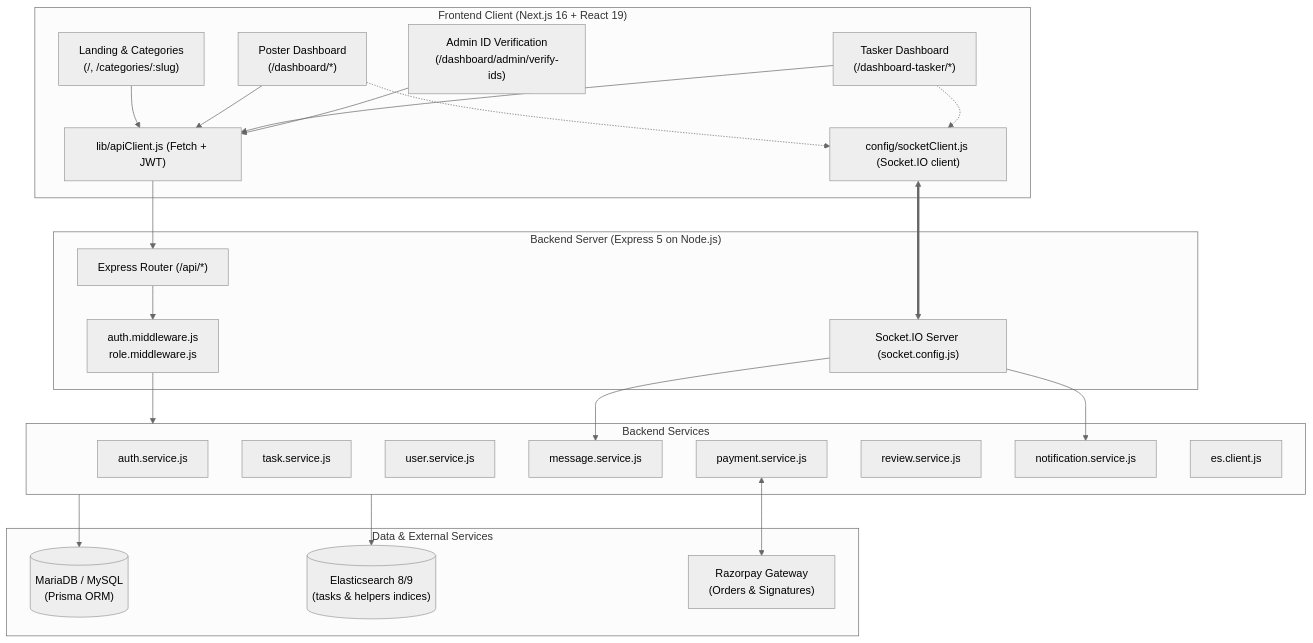
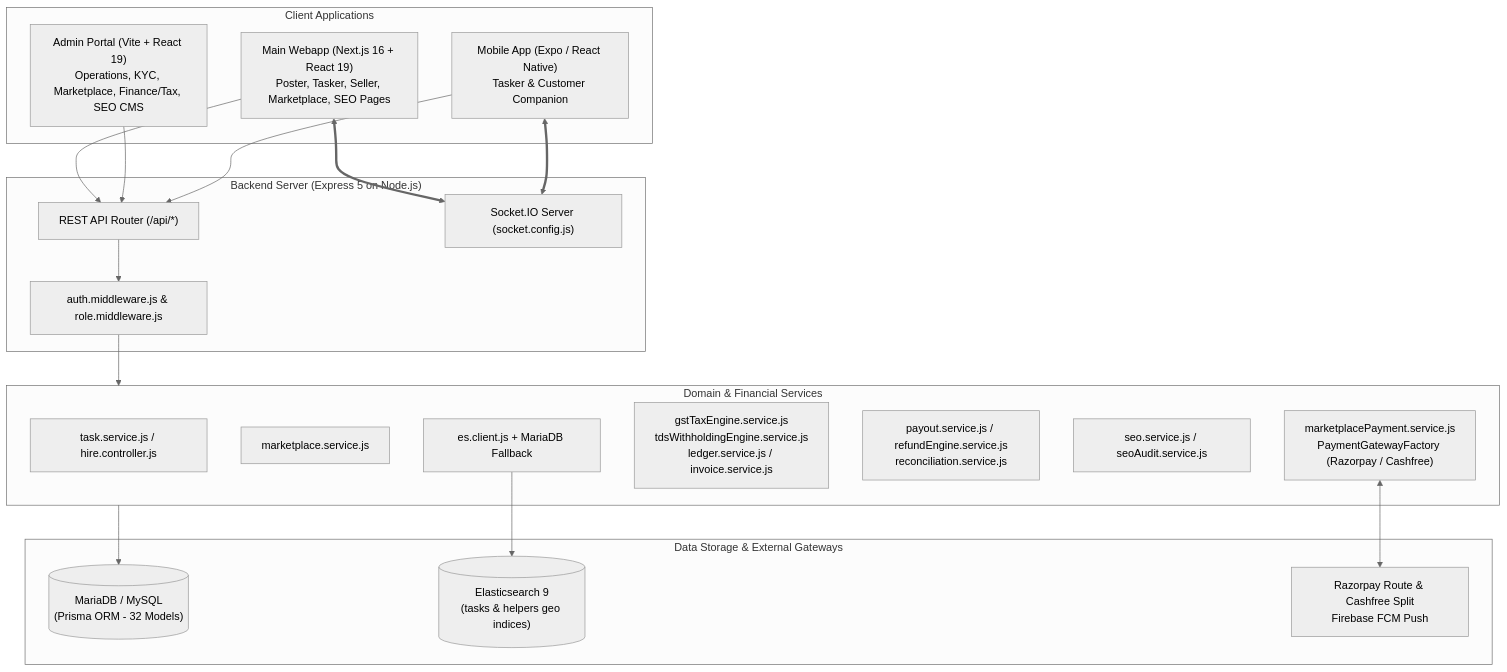
One commit to priyanandrai/hirebuddy changed the diagram in memory-bank/systemPatterns.md. Above: the diagram before and after it, drawn with Mermaid (neutral theme). The commit also changed other lines of this file and 46 other files, not shown here.

````diff
--- a/memory-bank/systemPatterns.md
+++ b/memory-bank/systemPatterns.md
@@ -5,53 +5,42 @@
 ```mermaid
 graph TD
-    subgraph ClientLayer["Frontend Client (Next.js 16 + React 19)"]
-        Landing["Landing & Categories\n(/, /categories/:slug)"]
-        PosterDash["Poster Dashboard\n(/dashboard/*)"]
-        TaskerDash["Tasker Dashboard\n(/dashboard-tasker/*)"]
-        AdminUI["Admin ID Verification\n(/dashboard/admin/verify-ids)"]
-        ApiClient["lib/apiClient.js (Fetch + JWT)"]
-        SocketClient["config/socketClient.js (Socket.IO client)"]
+    subgraph ClientApps["Client Applications"]
+        WebApp["Main Webapp (Next.js 16 + React 19)\nPoster, Tasker, Seller, Marketplace, SEO Pages"]
+        AdminApp["Admin Portal (Vite + React 19)\nOperations, KYC, Marketplace, Finance/Tax, SEO CMS"]
+        MobileApp["Mobile App (Expo / React Native)\nTasker & Customer Companion"]
     end
 
     subgraph APILayer["Backend Server (Express 5 on Node.js)"]
-        HTTPRouter["Express Router (/api/*)"]
+        HTTPRouter["REST API Router (/api/*)"]
         SocketServer["Socket.IO Server (socket.config.js)"]
-        AuthMid["auth.middleware.js\nrole.middleware.js"]
+        AuthMid["auth.middleware.js & role.middleware.js"]
     end
 
-    subgraph ServicesLayer["Backend Services"]
-        AuthSvc["auth.service.js"]
-        TaskSvc["task.service.js"]
-        UserSvc["user.service.js"]
-        MsgSvc["message.service.js"]
-        PaySvc["payment.service.js"]
-        RevSvc["review.service.js"]
-        NotifSvc["notification.service.js"]
-        ESSvc["es.client.js"]
+    subgraph CoreServices["Domain & Financial Services"]
+        TaskHiring["task.service.js / hire.controller.js"]
+        MarketSvc["marketplace.service.js"]
+        PayEngine["marketplacePayment.service.js\nPaymentGatewayFactory (Razorpay / Cashfree)"]
+        TaxLedger["gstTaxEngine.service.js\ntdsWithholdingEngine.service.js\nledger.service.js / invoice.service.js"]
+        PayoutRefund["payout.service.js / refundEngine.service.js\nreconciliation.service.js"]
+        SeoCms["seo.service.js / seoAudit.service.js"]
+        SearchSvc["es.client.js + MariaDB Fallback"]
     end
 
-    subgraph DataStorage["Data & External Services"]
-        MariaDB[("MariaDB / MySQL\n(Prisma ORM)")]
-        ES[("Elasticsearch 8/9\n(tasks & helpers indices)")]
-        Razorpay["Razorpay Gateway\n(Orders & Signatures)"]
+    subgraph DataAndInfra["Data Storage & External Gateways"]
+        MariaDB[("MariaDB / MySQL\n(Prisma ORM - 32 Models)")]
+        ES[("Elasticsearch 9\n(tasks & helpers geo indices)")]
+        Gateways["Razorpay Route & Cashfree Split\nFirebase FCM Push"]
     end
 
-    Landing --> ApiClient
-    PosterDash --> ApiClient
-    TaskerDash --> ApiClient
-    AdminUI --> ApiClient
-    PosterDash -.-> SocketClient
-    TaskerDash -.-> SocketClient
-
-    ApiClient --> HTTPRouter
-    SocketClient <==> SocketServer
+    WebApp --> HTTPRouter
+    AdminApp --> HTTPRouter
+    MobileApp --> HTTPRouter
+    WebApp <==> SocketServer
+    MobileApp <==> SocketServer
 
     HTTPRouter --> AuthMid
-    AuthMid --> ServicesLayer
-    SocketServer --> MsgSvc
-    SocketServer --> NotifSvc
-
-    ServicesLayer --> MariaDB
-    ServicesLayer --> ES
-    PaySvc <--> Razorpay
+    AuthMid --> CoreServices
+    CoreServices --> MariaDB
+    SearchSvc --> ES
+    PayEngine <--> Gateways
 ```
````
